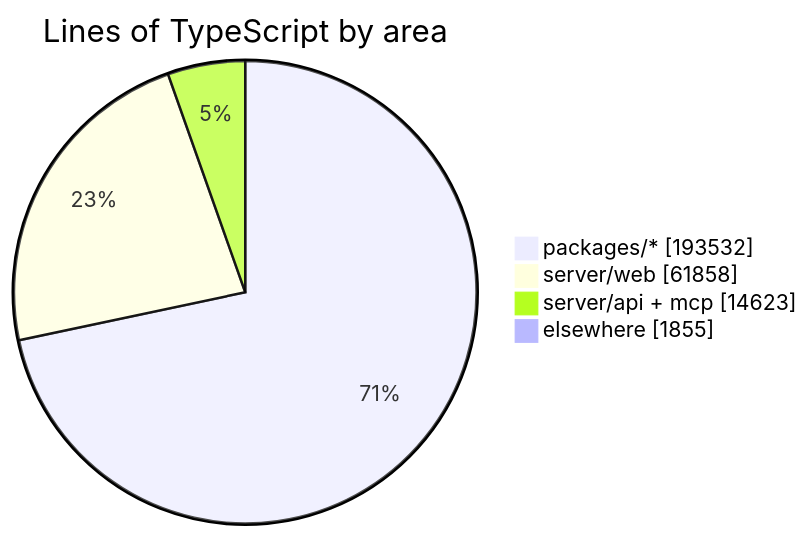
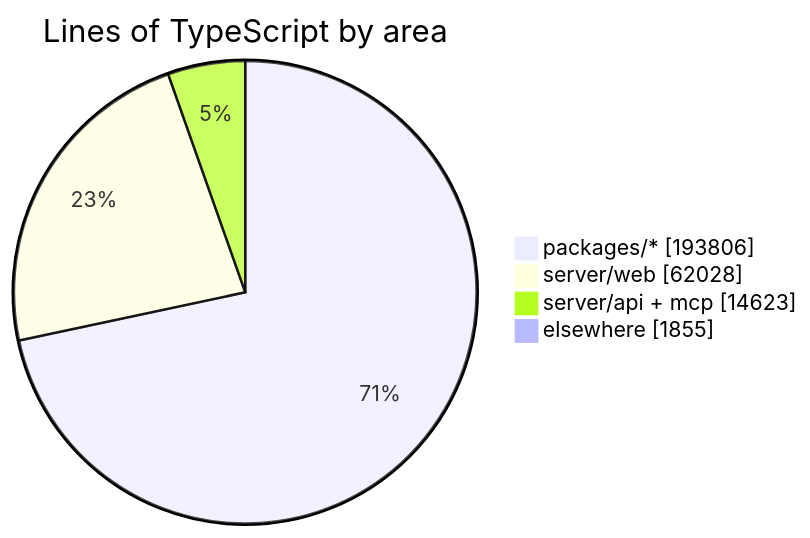
Before and after one commit to crossworks-engineering/mantle: the diagram in README.md, drawn with Mermaid. The commit also changed other lines of this file and 2 other files, not shown here.

````diff
--- a/README.md
+++ b/README.md
@@ -279,7 +279,7 @@
 ```mermaid
 pie showData title Lines of TypeScript by area
-    "packages/*" : 193532
-    "server/web" : 61858
+    "packages/*" : 193806
+    "server/web" : 62028
     "server/api + mcp" : 14623
     "elsewhere" : 1855
 ```
````
